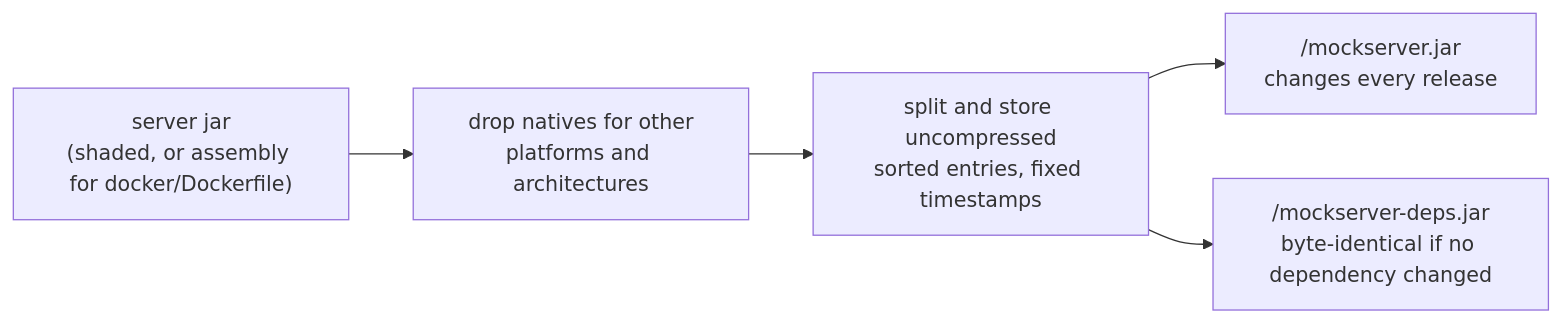
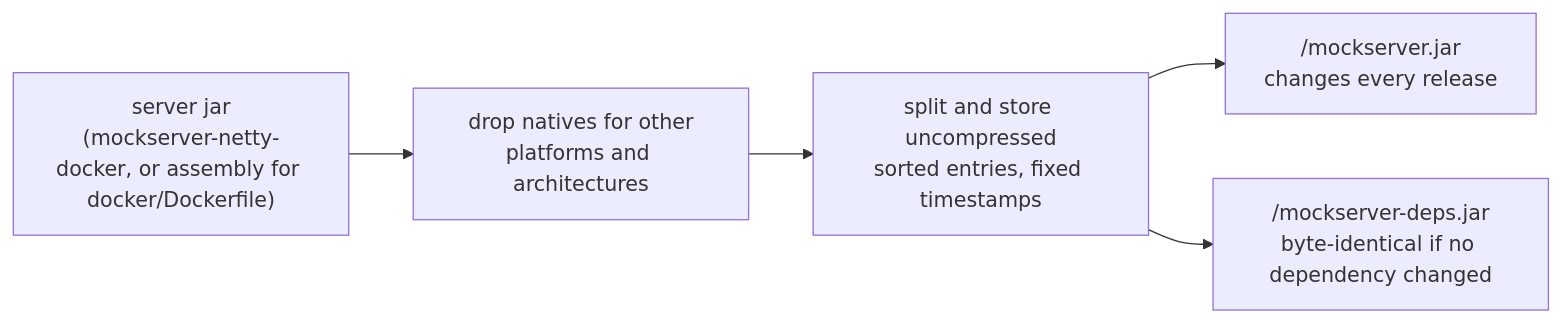
The fifth of 6 diagrams in docs/infrastructure/docker.md (inspire12/mockserver), drawn with Mermaid before and after one commit. The commit also changed other lines of this file and 30 other files, not shown here.

````diff
--- a/docs/infrastructure/docker.md
+++ b/docs/infrastructure/docker.md
@@ -309,12 +343,12 @@
 ```mermaid
 flowchart LR
     JAR["server jar
-(shaded, or assembly for docker/Dockerfile)"] --> TRIM["drop natives for other
+(mockserver-netty-docker, or assembly for docker/Dockerfile)"] --> TRIM["drop natives for other
 platforms and architectures"]
     TRIM --> SPLIT["split and store uncompressed
 sorted entries, fixed timestamps"]
     SPLIT --> OWN["/mockserver.jar
 changes every release"]
     SPLIT --> DEPS["/mockserver-deps.jar
 byte-identical if no dependency changed"]
 ```
````
